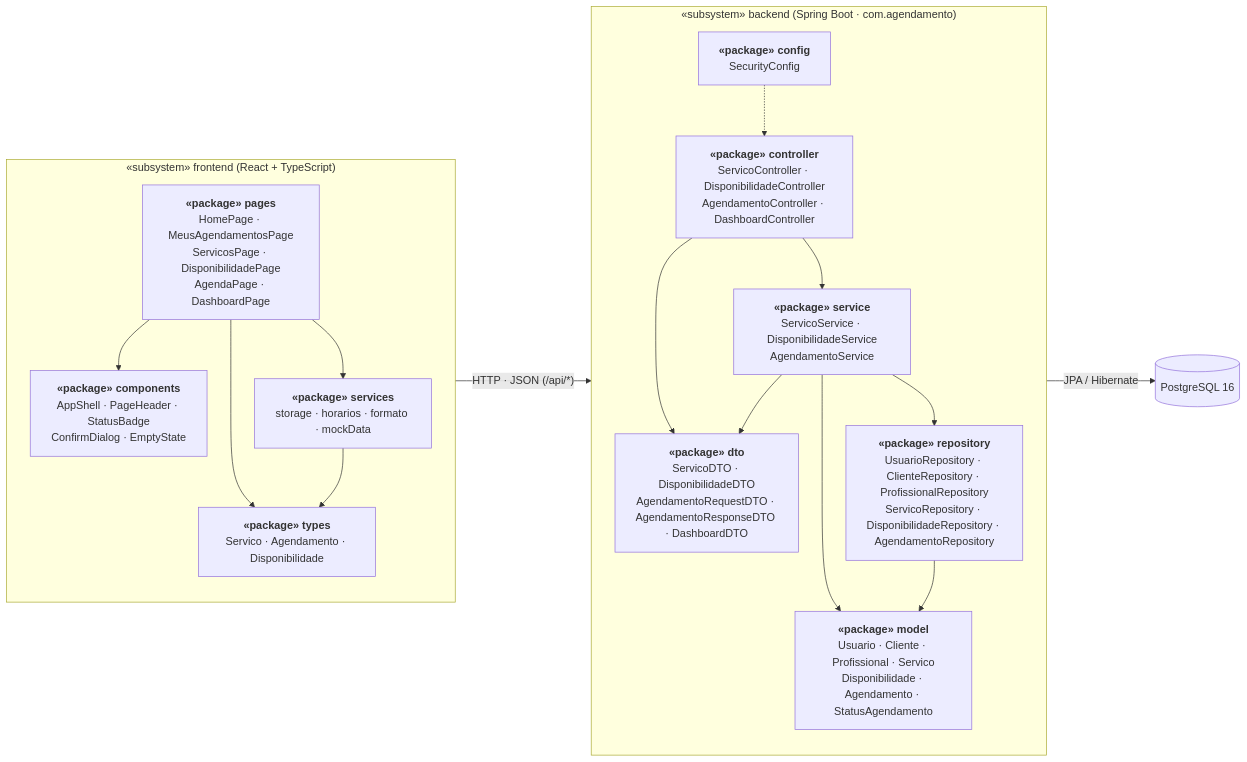
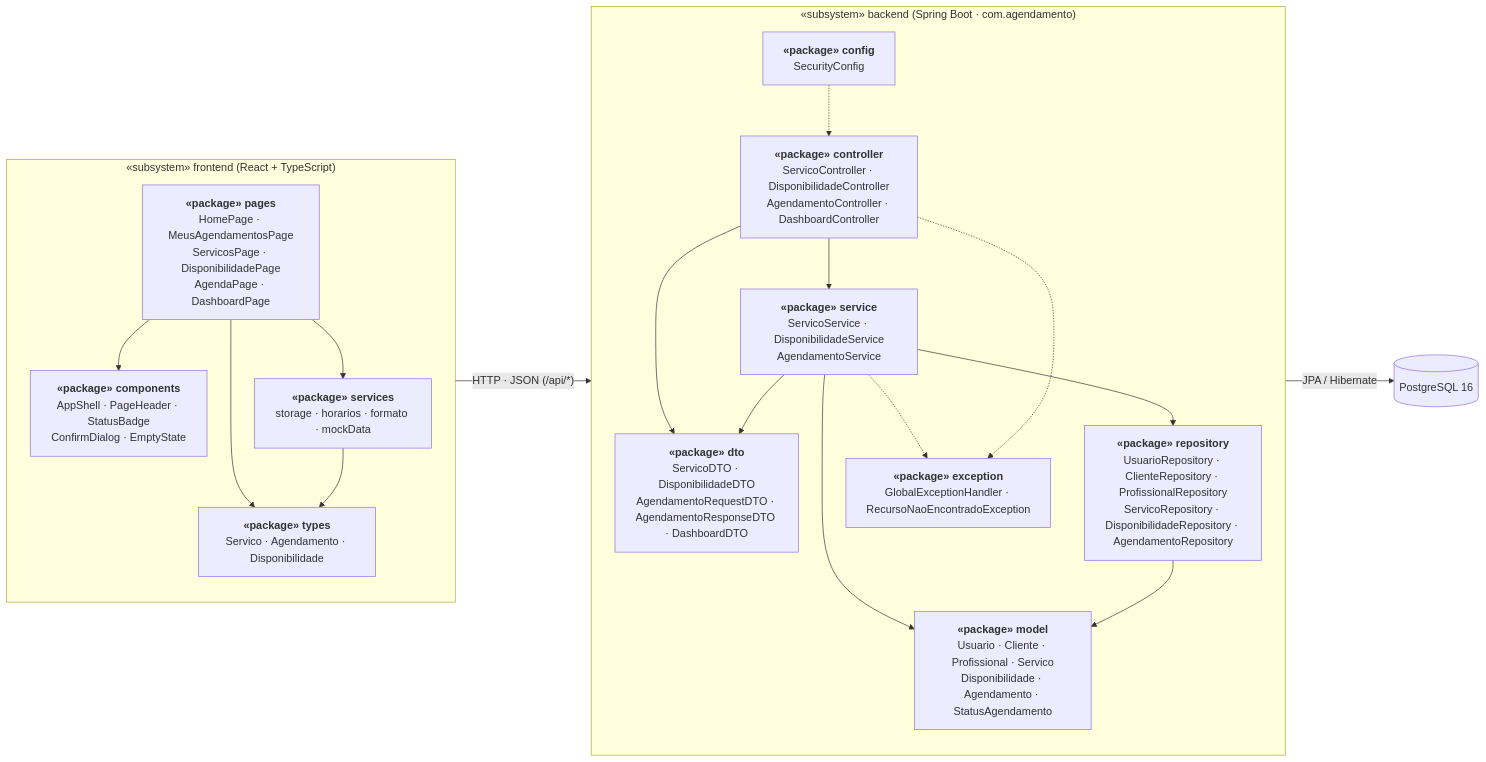
The diagram in docs/diagramas/pacotes.mmd (C4103M/sistema-prestadores-servico), drawn with Mermaid before and after one commit. The commit also changed 8 other files, not shown here.

```diff
--- a/docs/diagramas/pacotes.mmd
+++ b/docs/diagramas/pacotes.mmd
@@ -1,34 +1,37 @@
 flowchart LR
     subgraph FE ["«subsystem» frontend (React + TypeScript)"]
         direction TB
         pages["<b>«package» pages</b><br/>HomePage · MeusAgendamentosPage<br/>ServicosPage · DisponibilidadePage<br/>AgendaPage · DashboardPage"]
         components["<b>«package» components</b><br/>AppShell · PageHeader · StatusBadge<br/>ConfirmDialog · EmptyState"]
         fservices["<b>«package» services</b><br/>storage · horarios · formato · mockData"]
         types["<b>«package» types</b><br/>Servico · Agendamento · Disponibilidade"]
         pages --> components
         pages --> fservices
         pages --> types
         fservices --> types
     end
 
     subgraph BE ["«subsystem» backend (Spring Boot · com.agendamento)"]
         direction TB
         config["<b>«package» config</b><br/>SecurityConfig"]
         controller["<b>«package» controller</b><br/>ServicoController · DisponibilidadeController<br/>AgendamentoController · DashboardController"]
         dto["<b>«package» dto</b><br/>ServicoDTO · DisponibilidadeDTO<br/>AgendamentoRequestDTO · AgendamentoResponseDTO · DashboardDTO"]
         service["<b>«package» service</b><br/>ServicoService · DisponibilidadeService<br/>AgendamentoService"]
         repository["<b>«package» repository</b><br/>UsuarioRepository · ClienteRepository · ProfissionalRepository<br/>ServicoRepository · DisponibilidadeRepository · AgendamentoRepository"]
         model["<b>«package» model</b><br/>Usuario · Cliente · Profissional · Servico<br/>Disponibilidade · Agendamento · StatusAgendamento"]
+        exception["<b>«package» exception</b><br/>GlobalExceptionHandler · RecursoNaoEncontradoException"]
         config -.-> controller
         controller --> service
         controller --> dto
         service --> repository
         service --> model
         service --> dto
         repository --> model
+        service -.-> exception
+        controller -.-> exception
     end
 
     db[("PostgreSQL 16")]
 
     fservices -- "HTTP · JSON (/api/*)" --> controller
     repository -- "JPA / Hibernate" --> db
```
